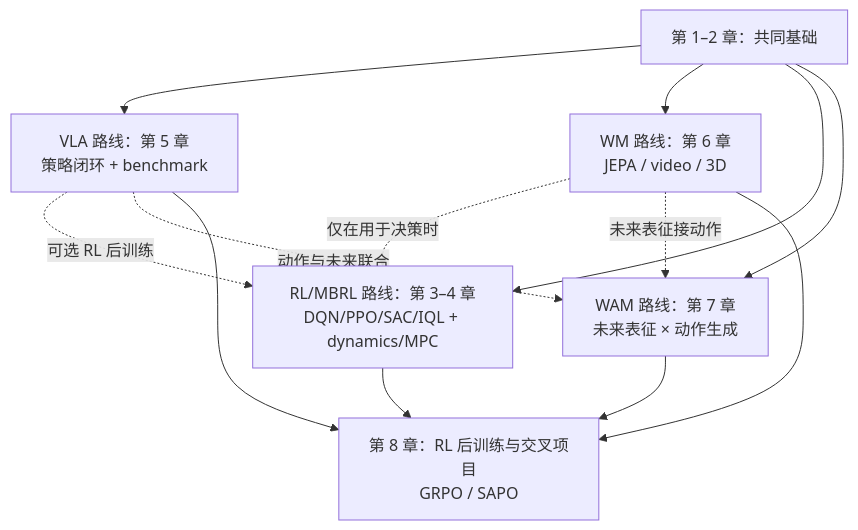
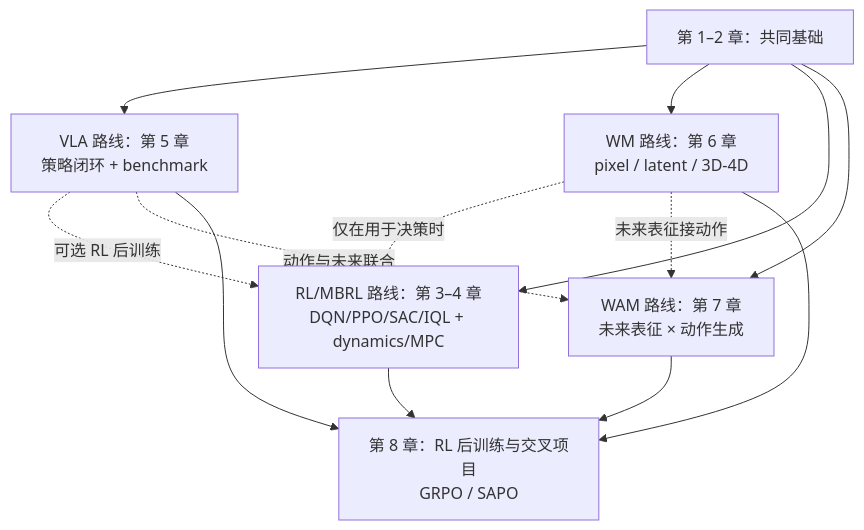
One commit to ppsdk/Embodied-AI-Start changed the diagram in docs/roadmap.md. Above: the diagram before and after it, drawn with Mermaid. The commit also changed other lines of this file and 10 other files, not shown here.

Commit message:
docs: expand world model directions and embodied AI roadmap

````diff
--- a/docs/roadmap.md
+++ b/docs/roadmap.md
@@ -22,15 +22,15 @@
 ```mermaid
 flowchart TD
     F["第 1–2 章：共同基础"] --> V["VLA 路线：第 5 章<br/>策略闭环 + benchmark"]
-    F --> W["WM 路线：第 6 章<br/>JEPA / video / 3D"]
+    F --> W["WM 路线：第 6 章<br/>pixel / latent / 3D-4D"]
     F --> R["RL/MBRL 路线：第 3–4 章<br/>DQN/PPO/SAC/IQL + dynamics/MPC"]
     F --> A["WAM 路线：第 7 章<br/>未来表征 × 动作生成"]
     W -. "仅在用于决策时" .-> R
     V -. "可选 RL 后训练" .-> R
     V -. "动作与未来联合" .-> A
     W -. "未来表征接动作" .-> A
     V --> E["第 8 章：RL 后训练与交叉项目<br/>GRPO / SAPO"]
     W --> E
     R --> E
     A --> E
 ```
````
